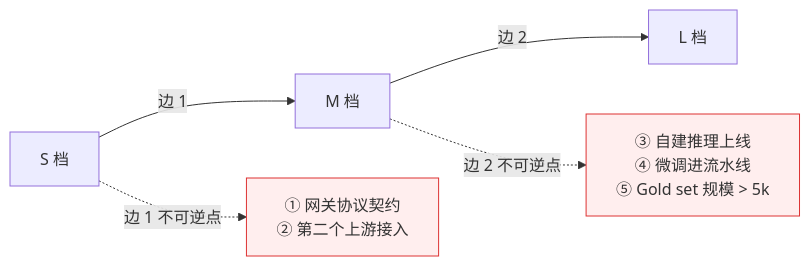
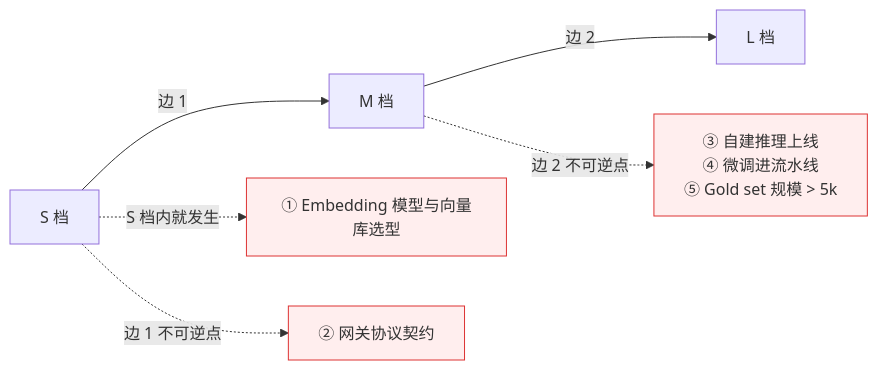
One commit to oh-my-vibe-coding/ai-reliability-architecture changed the third of 3 diagrams in 架构/01-AI系统参考架构.md. Above: the diagram before and after it, drawn with Mermaid. The commit also changed other lines of this file and 93 other files, not shown here.

````diff
--- a/架构/01-AI系统参考架构.md
+++ b/架构/01-AI系统参考架构.md
@@ -335,11 +337,13 @@
 ```mermaid
 flowchart LR
     S[S 档] -->|边 1| M[M 档]
     M -->|边 2| L[L 档]
 
-    S -.边 1 不可逆点.-> IP1[① 网关协议契约<br/>② 第二个上游接入]
+    S -.S 档内就发生.-> IP0[① Embedding 模型与向量库选型]
+    S -.边 1 不可逆点.-> IP1[② 网关协议契约]
     M -.边 2 不可逆点.-> IP2[③ 自建推理上线<br/>④ 微调进流水线<br/>⑤ Gold set 规模 > 5k]
 
+    style IP0 fill:#fee,stroke:#d33
     style IP1 fill:#fee,stroke:#d33
     style IP2 fill:#fee,stroke:#d33
 ```
````
